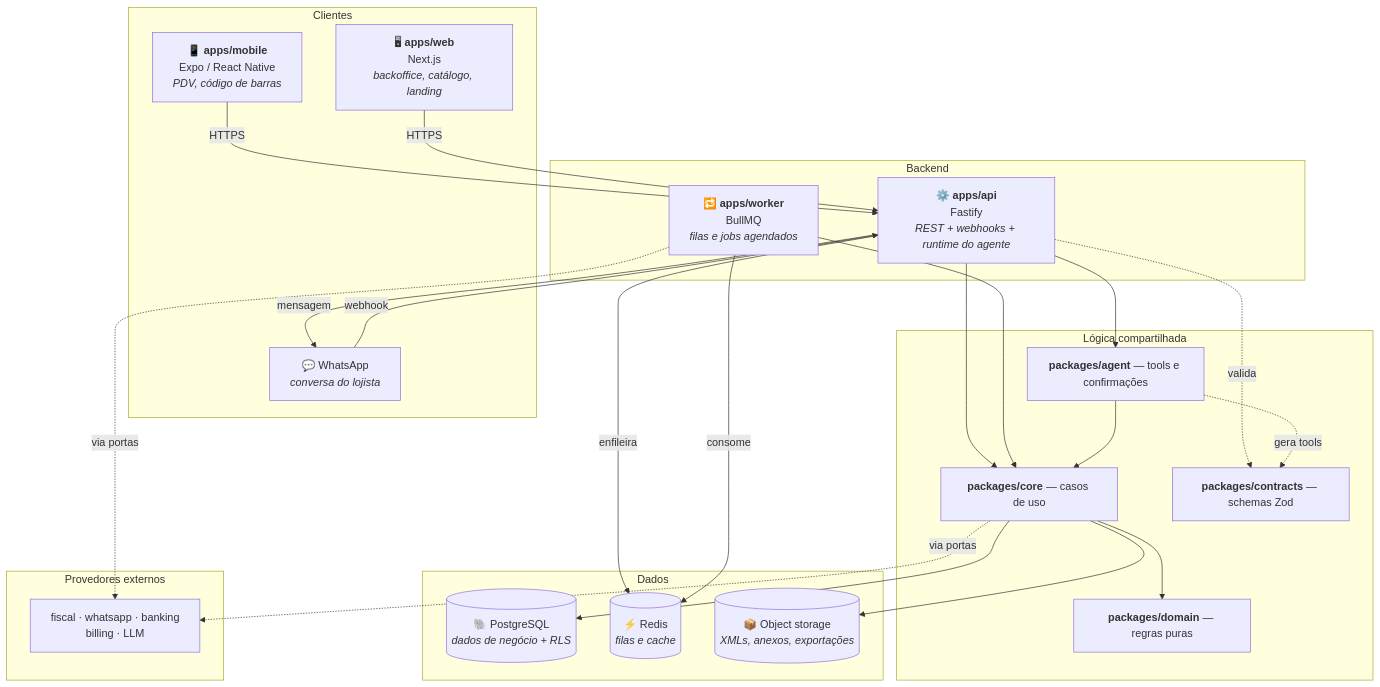
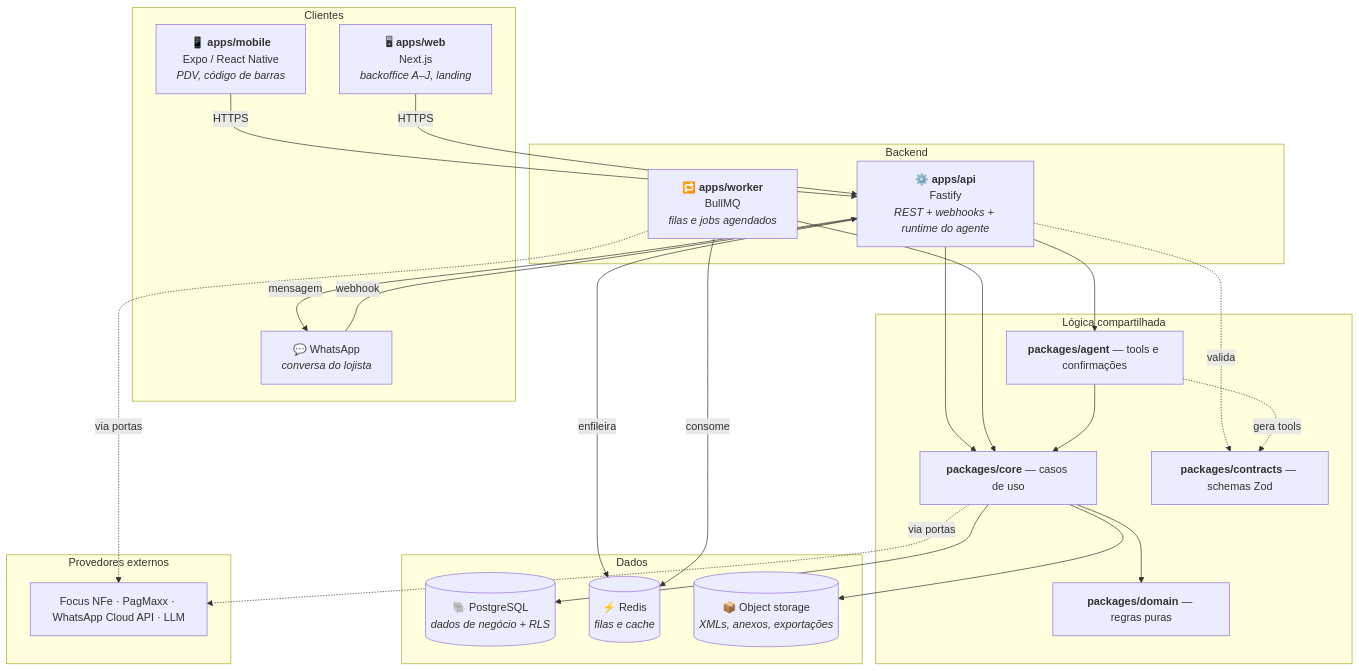
One commit to glevi2004/na-regua changed the second of 3 diagrams in docs/arquitetura/visao-geral.md. Above: the diagram before and after it, drawn with Mermaid. The commit also changed other lines of this file and 73 other files, not shown here.

First line of the commit message:
feat(db): materializar schema enxuto com rls e satelites de integracao

````diff
--- a/docs/arquitetura/visao-geral.md
+++ b/docs/arquitetura/visao-geral.md
@@ -55,50 +50,50 @@
 ```mermaid
 flowchart TB
     subgraph clientes["Clientes"]
         MOBILE["📱 <b>apps/mobile</b><br/>Expo / React Native<br/><i>PDV, código de barras</i>"]
-        WEBAPP["🖥 <b>apps/web</b><br/>Next.js<br/><i>backoffice, catálogo, landing</i>"]
+        WEBAPP["🖥 <b>apps/web</b><br/>Next.js<br/><i>backoffice A–J, landing</i>"]
         WPP["💬 WhatsApp<br/><i>conversa do lojista</i>"]
     end
 
     subgraph backend["Backend"]
         API["⚙️ <b>apps/api</b><br/>Fastify<br/><i>REST + webhooks + runtime do agente</i>"]
         WORKER["🔁 <b>apps/worker</b><br/>BullMQ<br/><i>filas e jobs agendados</i>"]
     end
 
     subgraph logica["Lógica compartilhada"]
         CORE["<b>packages/core</b> — casos de uso"]
         DOMAIN["<b>packages/domain</b> — regras puras"]
         AGENT["<b>packages/agent</b> — tools e confirmações"]
         CONTRACTS["<b>packages/contracts</b> — schemas Zod"]
     end
 
     subgraph dados["Dados"]
         PG[("🐘 PostgreSQL<br/><i>dados de negócio + RLS</i>")]
         REDIS[("⚡ Redis<br/><i>filas e cache</i>")]
         BLOB[("📦 Object storage<br/><i>XMLs, anexos, exportações</i>")]
     end
 
     subgraph externos["Provedores externos"]
-        EXT["fiscal · whatsapp · banking<br/>billing · LLM"]
+        EXT["Focus NFe · PagMaxx · WhatsApp Cloud API · LLM"]
     end
 
     MOBILE -->|HTTPS| API
     WEBAPP -->|HTTPS| API
     WPP -->|webhook| API
     API -->|mensagem| WPP
 
     API --> CORE
     API --> AGENT
     WORKER --> CORE
     AGENT --> CORE
     CORE --> DOMAIN
     API -.->|valida| CONTRACTS
     AGENT -.->|gera tools| CONTRACTS
 
     API -->|enfileira| REDIS
     WORKER -->|consome| REDIS
     CORE --> PG
     CORE --> BLOB
     CORE -.->|via portas| EXT
     WORKER -.->|via portas| EXT
 ```
````
